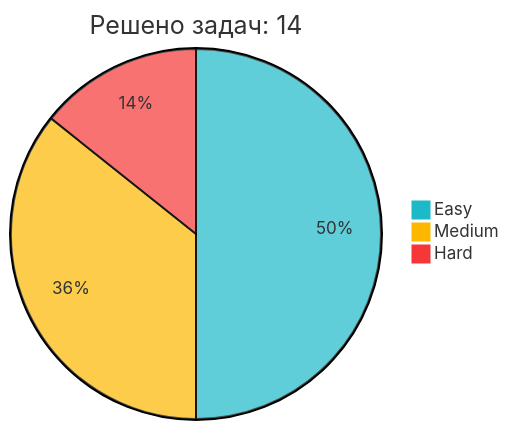
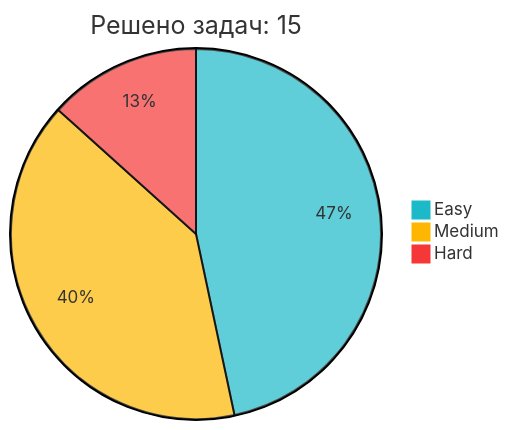
The diagram in README.md (IliaKurdukov/IliaKurdukov), drawn with Mermaid before and after one commit. The commit also changed other lines of this file, not shown here.

Commit message:
📈 Обновление статистики LeetCode

````diff
--- a/README.md
+++ b/README.md
@@ -48,7 +48,7 @@
 ```mermaid
 %%{init: {'theme': 'base', 'themeVariables': { 'pie1': '#1CBAC8', 'pie2': '#FEB700', 'pie3': '#F63737' }, 'config': {'width': 300, 'height': 200}}}%%
-pie title Решено задач: 14
+pie title Решено задач: 15
    "Easy" : 7
-   "Medium" : 5
+   "Medium" : 6
    "Hard" : 2
 ```
````
